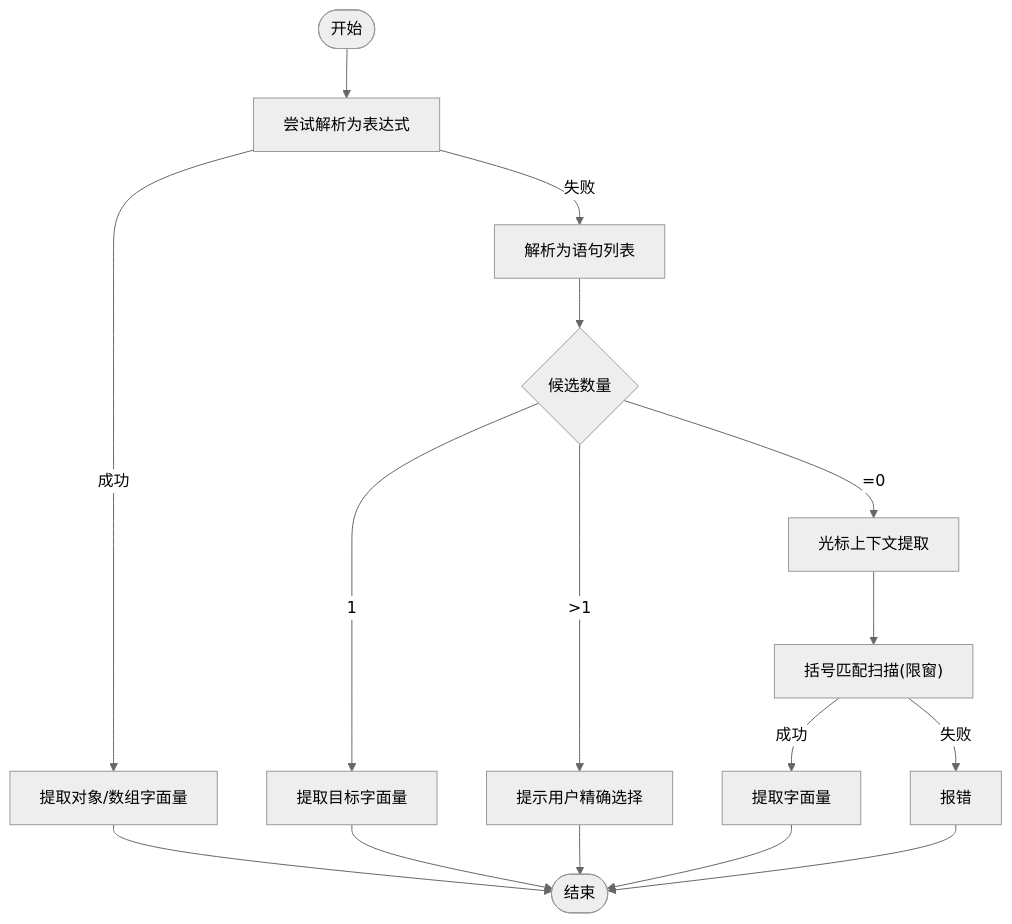
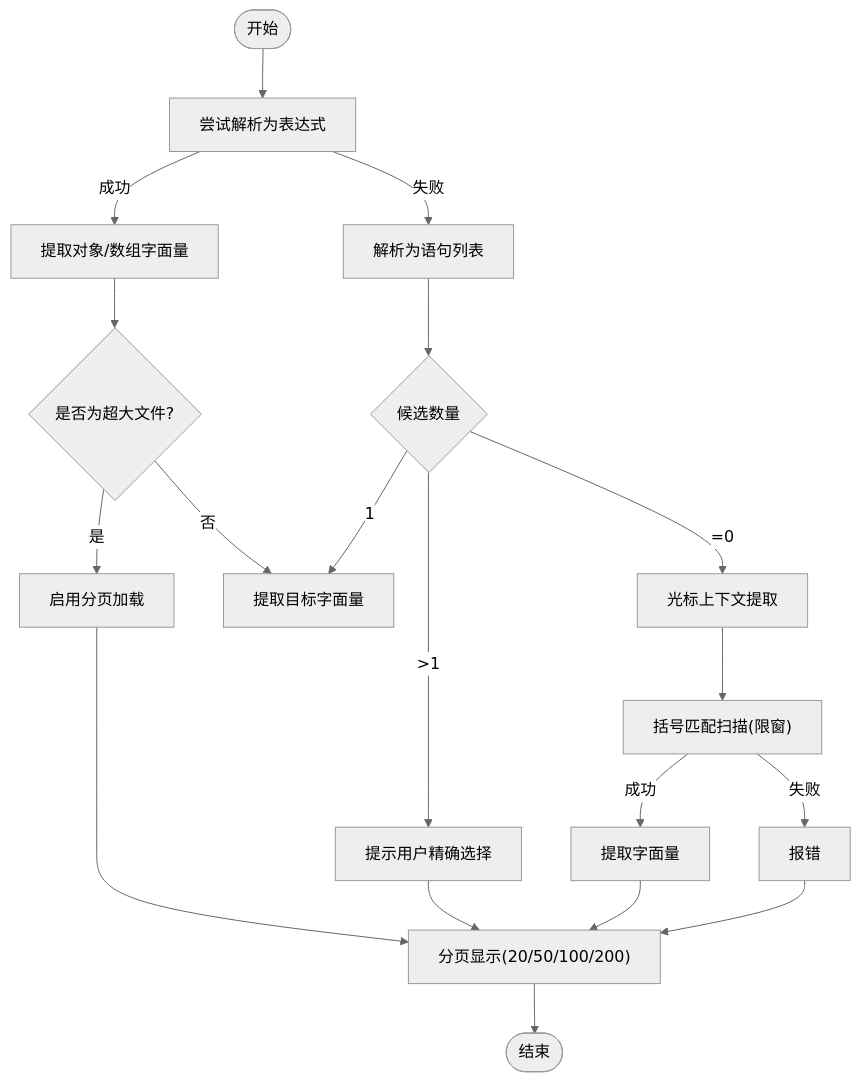
One commit to meiok1/wysjson changed the third of 7 diagrams in .qoder/repowiki/zh/content/示例和最佳实践/性能优化案例.md. Above: the diagram before and after it, drawn with Mermaid (neutral theme). The commit also changed other lines of this file and 390 other files, not shown here.

````diff
--- a/.qoder/repowiki/zh/content/示例和最佳实践/性能优化案例.md
+++ b/.qoder/repowiki/zh/content/示例和最佳实践/性能优化案例.md
@@ -134,18 +164,21 @@
 ```mermaid
 flowchart TD
 Start(["开始"]) --> TryExpr["尝试解析为表达式"]
 TryExpr --> |成功| FoundExpr["提取对象/数组字面量"]
 TryExpr --> |失败| TryStmt["解析为语句列表"]
 TryStmt --> Candidates{"候选数量"}
 Candidates --> |1| FoundStmt["提取目标字面量"]
 Candidates --> |>1| Hint["提示用户精确选择"]
 Candidates --> |=0| Fallback["光标上下文提取"]
 Fallback --> BraceScan["括号匹配扫描(限窗)"]
 BraceScan --> |成功| FoundBrace["提取字面量"]
 BraceScan --> |失败| Error["报错"]
-FoundExpr --> End(["结束"])
-FoundStmt --> End
-FoundBrace --> End
-Hint --> End
-Error --> End
+FoundExpr --> CheckLarge{"是否为超大文件?"}
+CheckLarge --> |是| EnablePagination["启用分页加载"]
+CheckLarge --> |否| FoundStmt
+EnablePagination --> Paginate["分页显示(20/50/100/200)"]
+FoundBrace --> Paginate
+Hint --> Paginate
+Error --> Paginate
+Paginate --> End(["结束"])
 ```
````
